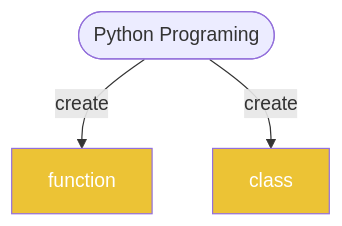
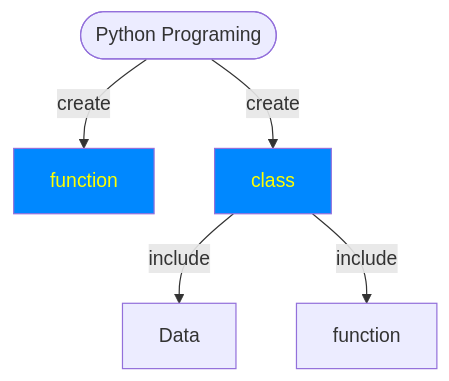
Before and after one commit to jwang1122/python1: the second of 3 diagrams in doc/python.md, drawn with Mermaid. The commit also changed other lines of this file and 7 other files, not shown here.

````diff
--- a/doc/python.md
+++ b/doc/python.md
@@ -177,13 +182,17 @@
 ```mermaid
 graph TB
 A([Python Programing])
 B[function]
 C[class]
+D[Data]
+E[function]
 
 A--create-->B
-A--create-->C
+A--create-->C--include-->D & E
 
 classDef block1 fill:#ECC335,color:white;
+classDef block1 fill:#0088FF,color:yellow;
 
 class B,C block1
+class D,E block2
 ```
````
